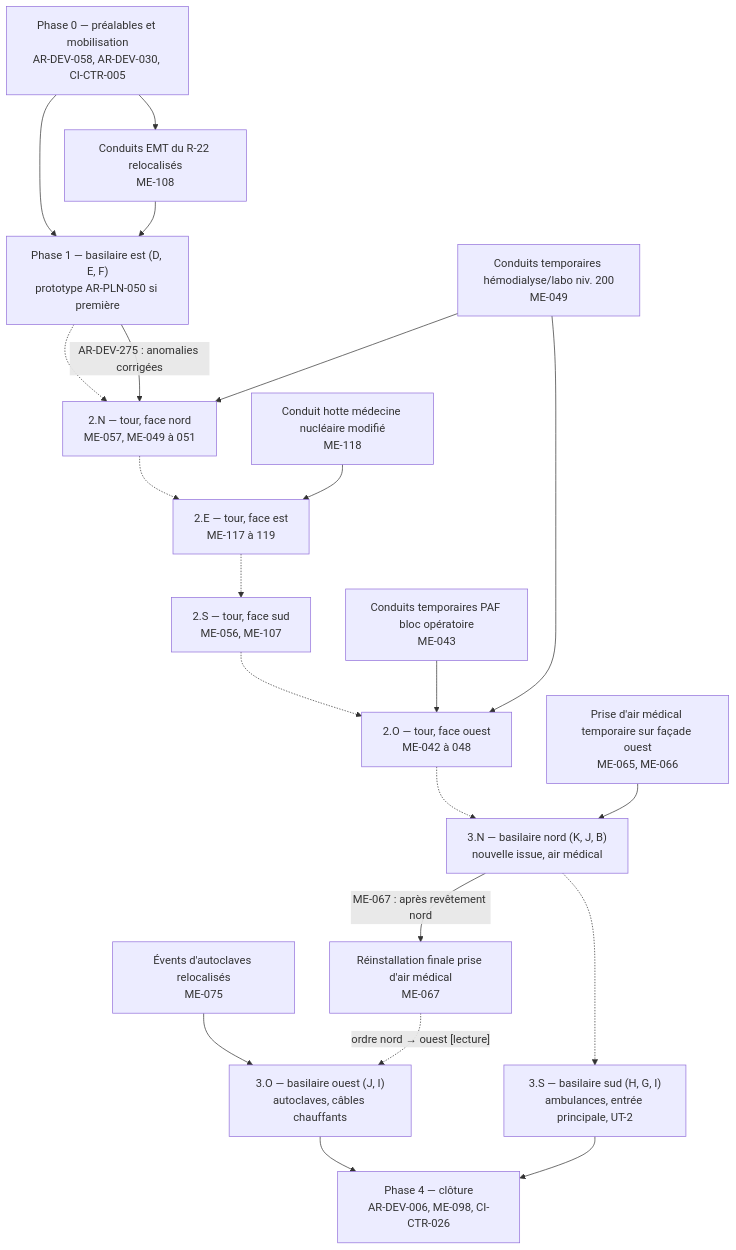
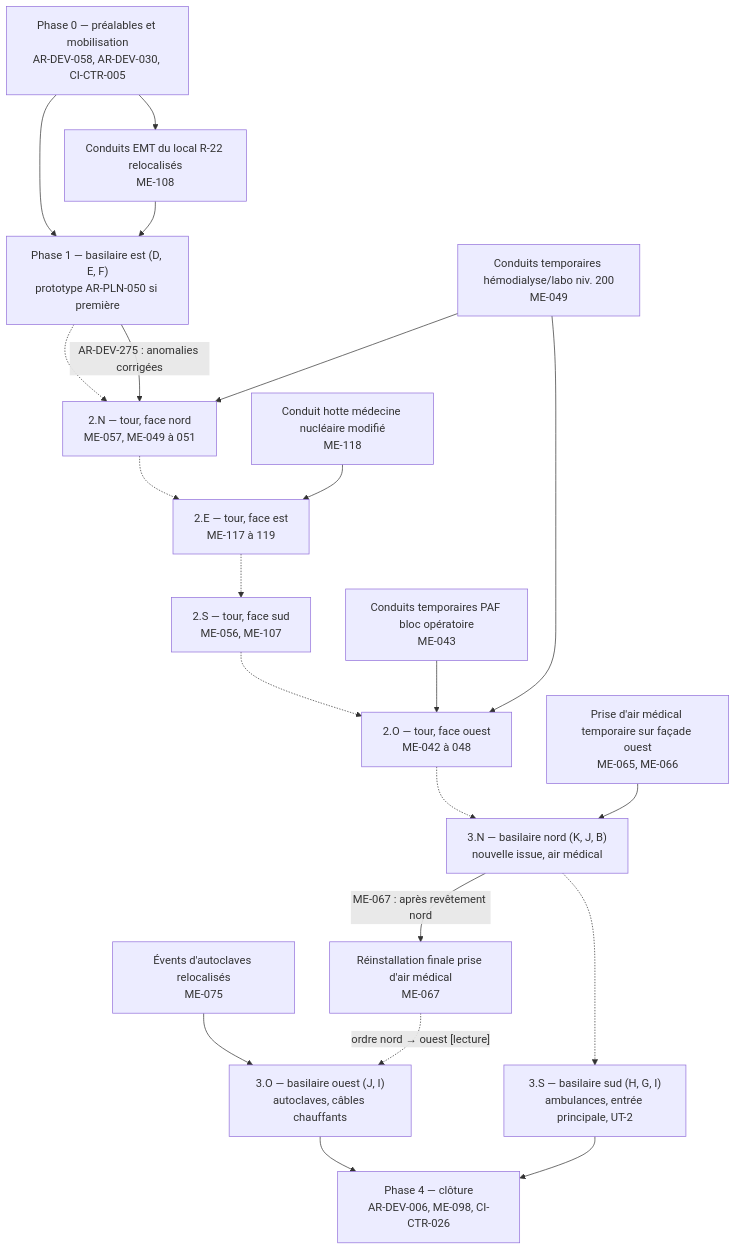
One commit to GLCRM/Chandler changed the first of 4 diagrams in analyse/03-phasage.md. Above: the diagram before and after it, drawn with Mermaid. The commit also changed other lines of this file, not shown here.

````diff
--- a/analyse/03-phasage.md
+++ b/analyse/03-phasage.md
@@ -265,38 +265,38 @@
 ```mermaid
 flowchart TD
     P0["Phase 0 — préalables et mobilisation<br/>AR-DEV-058, AR-DEV-030, CI-CTR-005"]
     P1["Phase 1 — basilaire est (D, E, F)<br/>prototype AR-PLN-050 si première"]
     T2N["2.N — tour, face nord<br/>ME-057, ME-049 à 051"]
     T2E["2.E — tour, face est<br/>ME-117 à 119"]
     T2S["2.S — tour, face sud<br/>ME-056, ME-107"]
     T2O["2.O — tour, face ouest<br/>ME-042 à 048"]
     B3N["3.N — basilaire nord (K, J, B)<br/>nouvelle issue, air médical"]
     B3O["3.O — basilaire ouest (J, I)<br/>autoclaves, câbles chauffants"]
     B3S["3.S — basilaire sud (H, G, I)<br/>ambulances, entrée principale, UT-2"]
     P4["Phase 4 — clôture<br/>AR-DEV-006, ME-098, CI-CTR-026"]
     PRE_H["Conduits temporaires hémodialyse/labo niv. 200<br/>ME-049"]
     PRE_BO["Conduits temporaires PAF bloc opératoire<br/>ME-043"]
     PRE_MN["Conduit hotte médecine nucléaire modifié<br/>ME-118"]
     PRE_AM["Prise d'air médical temporaire sur façade ouest<br/>ME-065, ME-066"]
     PRE_AC["Évents d'autoclaves relocalisés<br/>ME-075"]
-    PRE_R22["Conduits EMT du R-22 relocalisés<br/>ME-108"]
+    PRE_R22["Conduits EMT du local R-22 relocalisés<br/>ME-108"]
     FIN_AM["Réinstallation finale prise d'air médical<br/>ME-067"]
 
     P0 --> P1
     P0 --> PRE_R22 --> P1
     P1 -.-> T2N
     PRE_H --> T2N
     PRE_H --> T2O
     PRE_MN --> T2E
     PRE_BO --> T2O
     T2N -.-> T2E -.-> T2S -.-> T2O
     T2O -.-> B3N
     PRE_AM --> B3N
     B3N -->|"ME-067 : après revêtement nord"| FIN_AM
     FIN_AM -.->|"ordre nord → ouest [lecture]"| B3O
     PRE_AC --> B3O
     B3N -.-> B3S
     B3O --> P4
     B3S --> P4
     P1 -->|"AR-DEV-275 : anomalies corrigées"| T2N
 ```
````
